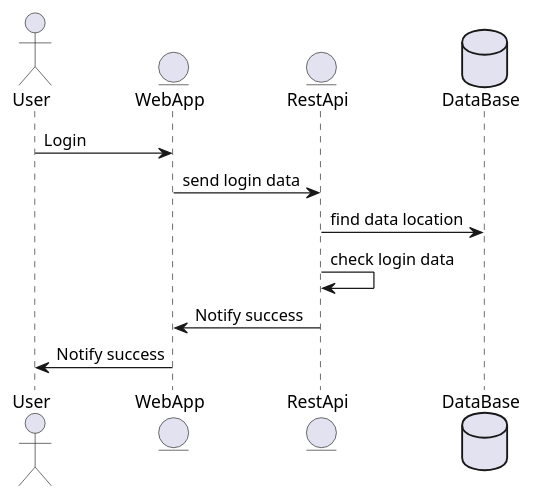
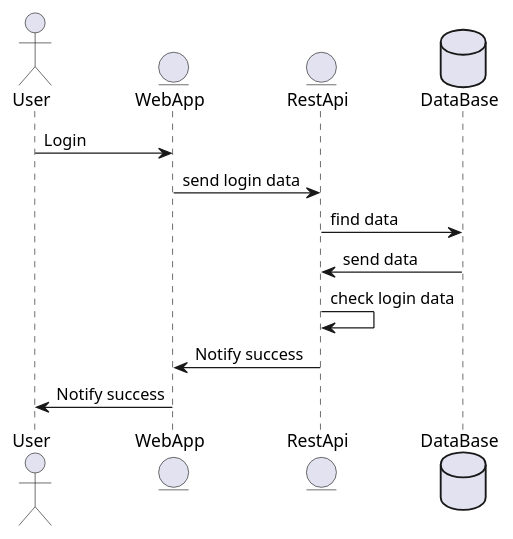
The second of 10 diagrams in docs/06_runtime_view.adoc (Arquisoft/dede_es3c), drawn with PlantUML before and after one commit.

```diff
--- a/docs/06_runtime_view.adoc
+++ b/docs/06_runtime_view.adoc
@@ -26,15 +26,16 @@
 [plantuml,"LoginUserDataBase",png]
 ----
 @startuml
 actor User
 entity WebApp
 entity RestApi
 database DataBase
 User-> WebApp : Login
 WebApp-> RestApi : send login data
-RestApi -> DataBase : find data location
+RestApi -> DataBase : find data
+DataBase -> RestApi : send data
 RestApi -> RestApi : check login data
 RestApi -> WebApp: Notify success
 WebApp-> User: Notify success
 @enduml
 ----
```
